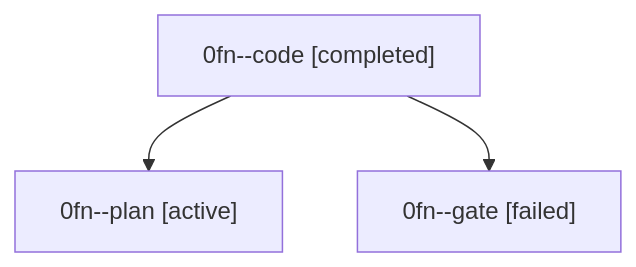
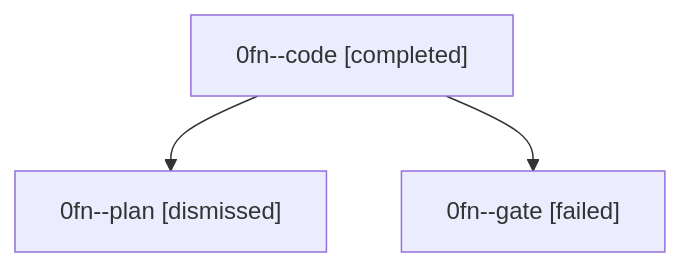
One commit to sase-org/sase--agents changed the diagram in sessions/bbugyi200.athena.0fn.md. Above: the diagram before and after it, drawn with Mermaid. The commit also changed other lines of this file and 39 other files, not shown here.

````diff
--- a/sessions/bbugyi200.athena.0fn.md
+++ b/sessions/bbugyi200.athena.0fn.md
@@ -9,8 +9,8 @@
 ```mermaid
 flowchart TD
   n0["0fn--code [completed]"]
-  n1["0fn--plan [active]"]
+  n1["0fn--plan [dismissed]"]
   n0 --> n1
   n2["0fn--gate [failed]"]
   n0 --> n2
 ```
````
